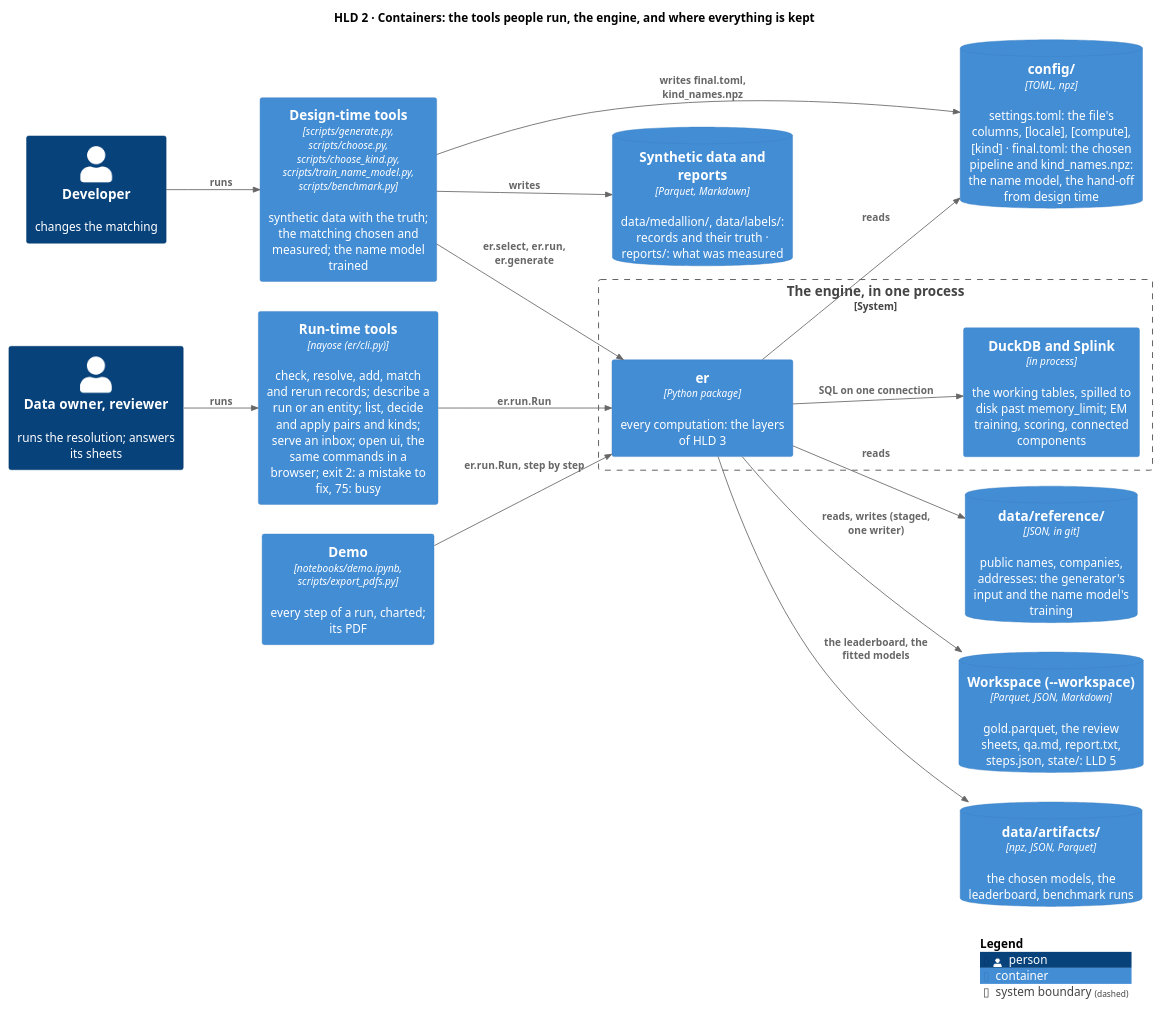
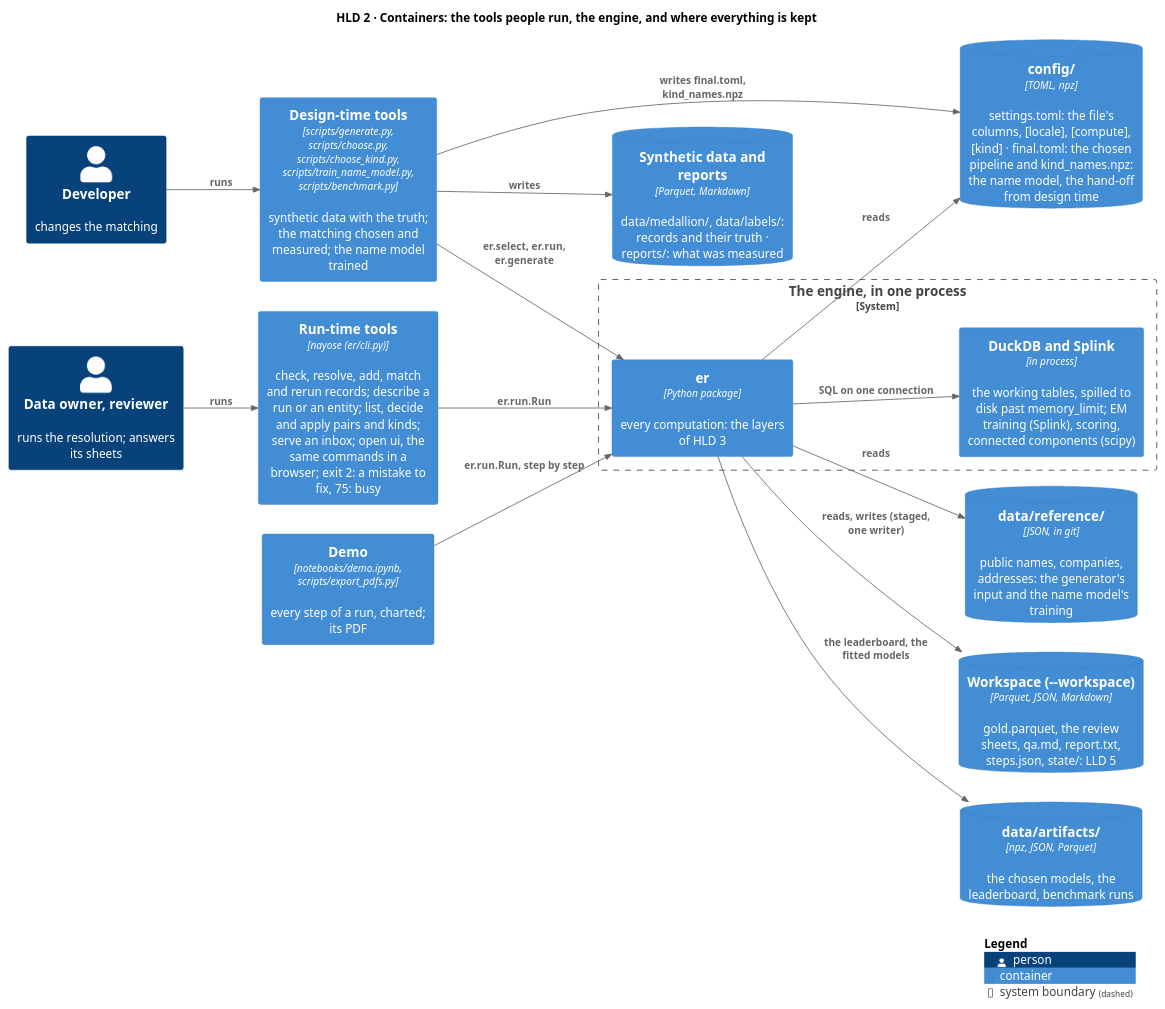
The diagram in docs/diagrams/containers.puml (mvsbm/entity_matching), drawn with PlantUML before and after one commit. The commit also changed 12 other files, not shown here.

First line of the commit message:
Clusters are joined by our own connected components, not Splink's: the nodes numbered in their ids' order, scipy finds the components, each named after its smallest id

```diff
--- a/docs/diagrams/containers.puml
+++ b/docs/diagrams/containers.puml
@@ -1,39 +1,39 @@
 @startuml containers
 !include <C4/C4_Container>
 LAYOUT_LEFT_RIGHT()
 HIDE_STEREOTYPE()
 title HLD 2 · Containers: the tools people run, the engine, and where everything is kept
 
 Person(owner, "Data owner, reviewer", "runs the resolution; answers its sheets")
 Person(developer, "Developer", "changes the matching")
 
 Container(runtime, "Run-time tools", "nayose (er/cli.py)", "check, resolve, add, match and rerun records; describe a run or an entity; list, decide and apply pairs and kinds; serve an inbox; open ui, the same commands in a browser; exit 2: a mistake to fix, 75: busy")
 Container(designtime, "Design-time tools", "scripts/generate.py, scripts/choose.py, scripts/choose_kind.py, scripts/train_name_model.py, scripts/benchmark.py", "synthetic data with the truth; the matching chosen and measured; the name model trained")
 Container(demo, "Demo", "notebooks/demo.ipynb, scripts/export_pdfs.py", "every step of a run, charted; its PDF")
 
 System_Boundary(engine, "The engine, in one process") {
   Container(er, "er", "Python package", "every computation: the layers of HLD 3")
-  Container(duckdb, "DuckDB and Splink", "in process", "the working tables, spilled to disk past memory_limit; EM training, scoring, connected components")
+  Container(duckdb, "DuckDB and Splink", "in process", "the working tables, spilled to disk past memory_limit; EM training (Splink), scoring, connected components (scipy)")
 }
 
 ContainerDb(config, "config/", "TOML, npz", "settings.toml: the file's columns, [locale], [compute], [kind] · final.toml: the chosen pipeline and kind_names.npz: the name model, the hand-off from design time")
 ContainerDb(reference, "data/reference/", "JSON, in git", "public names, companies, addresses: the generator's input and the name model's training")
 ContainerDb(runfolder, "Workspace (~--workspace)", "Parquet, JSON, Markdown", "gold.parquet, the review sheets, qa.md, report.txt, steps.json, state/: LLD 5")
 ContainerDb(artifacts, "data/artifacts/", "npz, JSON, Parquet", "the chosen models, the leaderboard, benchmark runs")
 ContainerDb(synthetic, "Synthetic data and reports", "Parquet, Markdown", "data/medallion/, data/labels/: records and their truth · reports/: what was measured")
 
 Rel(owner, runtime, "runs")
 Rel(developer, designtime, "runs")
 Rel(runtime, er, "er.run.Run")
 Rel(designtime, er, "er.select, er.run, er.generate")
 Rel(demo, er, "er.run.Run, step by step")
 Rel(er, duckdb, "SQL on one connection")
 Rel(er, config, "reads")
 Rel(er, reference, "reads")
 Rel(er, runfolder, "reads, writes (staged, one writer)")
 Rel(er, artifacts, "the leaderboard, the fitted models")
 Rel(designtime, synthetic, "writes")
 Rel(designtime, config, "writes final.toml, kind_names.npz")
 
 SHOW_LEGEND()
 @enduml
```
